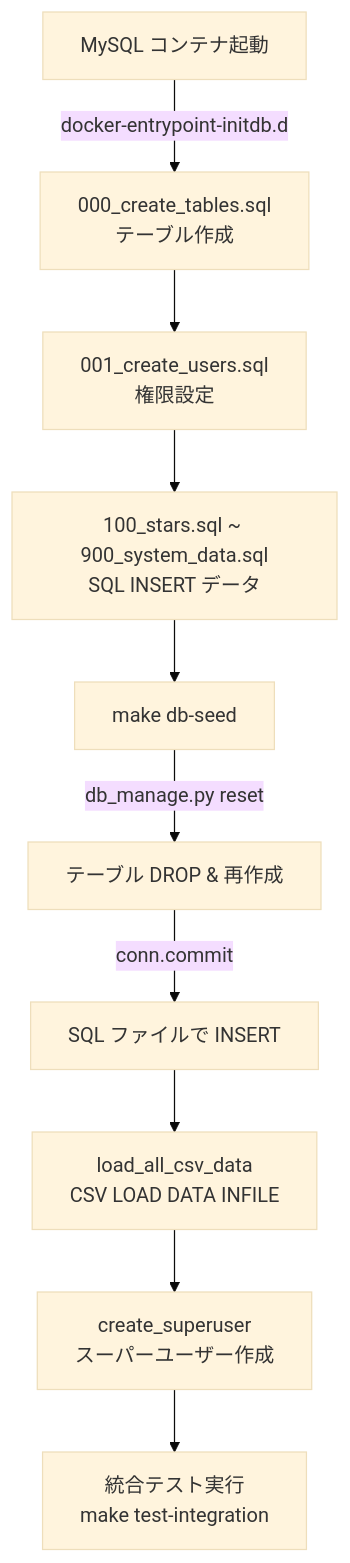
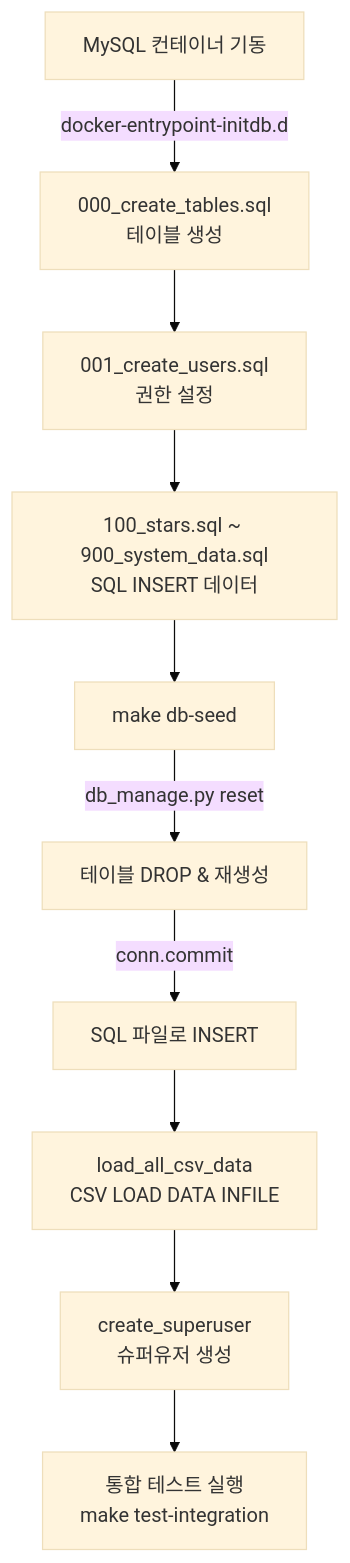
One commit to cnjw2021/ninestar-compact changed the diagram in docs/ci-test-architecture.md. Above: the diagram before and after it, drawn with Mermaid (base theme). The commit also changed other lines of this file, not shown here.

Commit message:
docs: CI 테스트 아키텍처 문서를 한국어로 변환

````diff
--- a/docs/ci-test-architecture.md
+++ b/docs/ci-test-architecture.md
@@ -158,12 +158,12 @@
 ```mermaid
 graph TD
-    A[MySQL コンテナ起動] -->|docker-entrypoint-initdb.d| B[000_create_tables.sql<br/>テーブル作成]
-    B --> C[001_create_users.sql<br/>権限設定]
-    C --> D[100_stars.sql ~ 900_system_data.sql<br/>SQL INSERT データ]
+    A[MySQL 컨테이너 기동] -->|docker-entrypoint-initdb.d| B[000_create_tables.sql<br/>테이블 생성]
+    B --> C[001_create_users.sql<br/>권한 설정]
+    C --> D[100_stars.sql ~ 900_system_data.sql<br/>SQL INSERT 데이터]
     D --> E[make db-seed]
-    E -->|db_manage.py reset| F[テーブル DROP & 再作成]
-    F -->|conn.commit| G[SQL ファイルで INSERT]
+    E -->|db_manage.py reset| F[테이블 DROP & 재생성]
+    F -->|conn.commit| G[SQL 파일로 INSERT]
     G --> H[load_all_csv_data<br/>CSV LOAD DATA INFILE]
-    H --> I[create_superuser<br/>スーパーユーザー作成]
-    I --> J[統合テスト実行<br/>make test-integration]
+    H --> I[create_superuser<br/>슈퍼유저 생성]
+    I --> J[통합 테스트 실행<br/>make test-integration]
 ```
````
